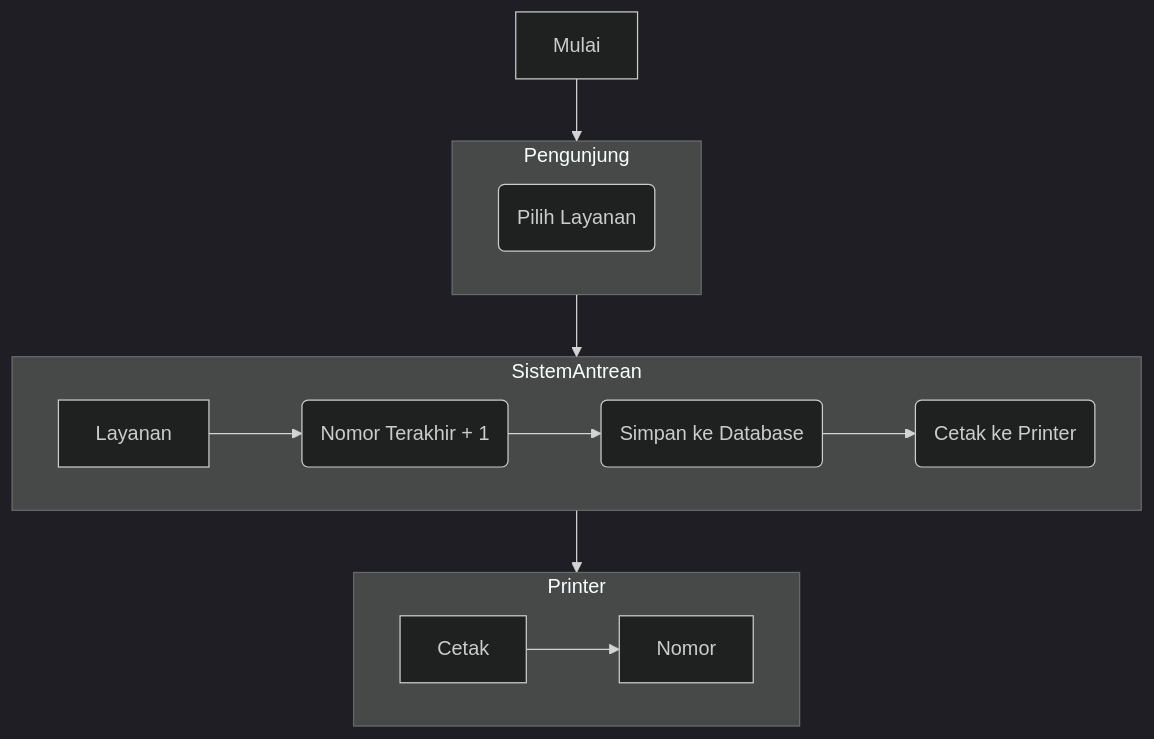
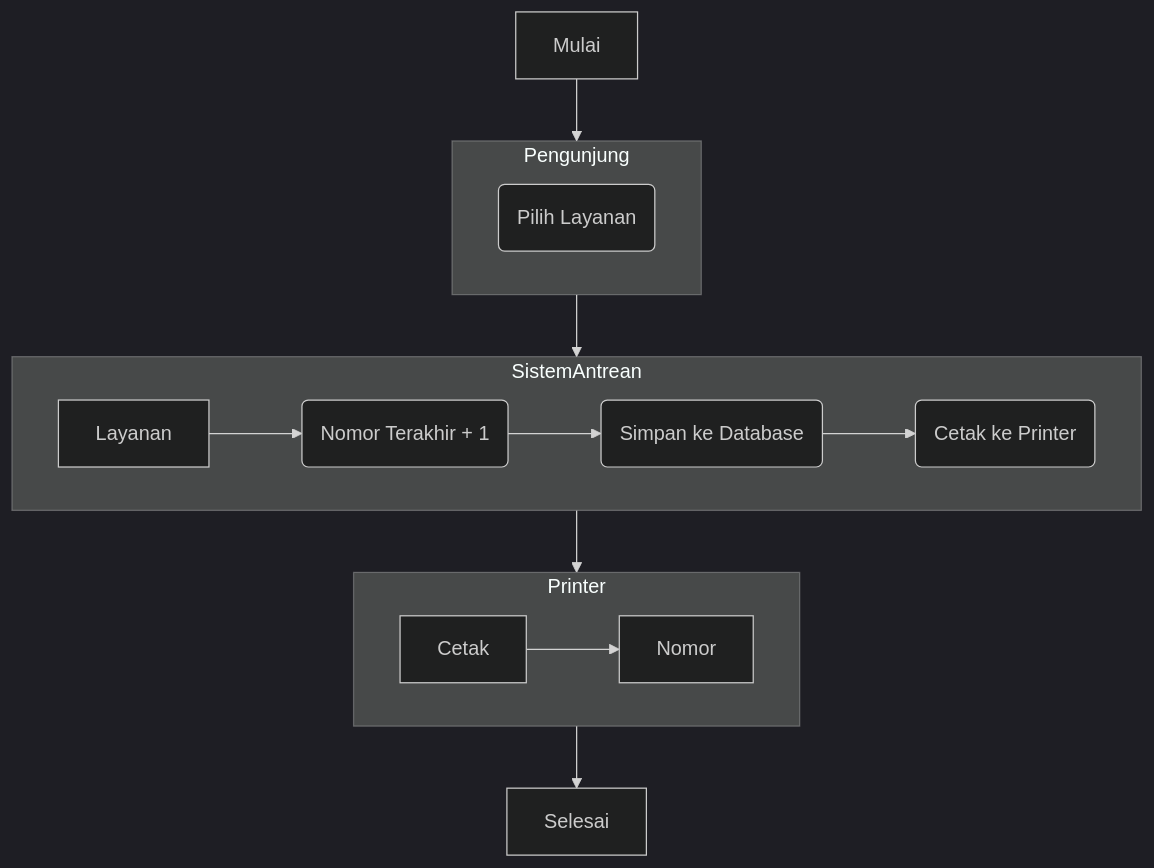
The diagram in flowchart_antrean.mmd (rezekikode/diagram), drawn with Mermaid (dark theme) before and after one commit.

```diff
--- a/flowchart_antrean.mmd
+++ b/flowchart_antrean.mmd
@@ -1,13 +1,14 @@
 flowchart TB
   Mulai-->Pengunjung
   Pengunjung-->SistemAntrean
   SistemAntrean-->Printer
+  Printer-->Selesai
   subgraph Pengunjung
     p1("Pilih Layanan")
   end  
   subgraph SistemAntrean
     Layanan-->s1("Nomor Terakhir + 1")-->s2("Simpan ke Database")-->s3("Cetak ke Printer")
   end
   subgraph Printer
     Cetak-->Nomor
   end
```
